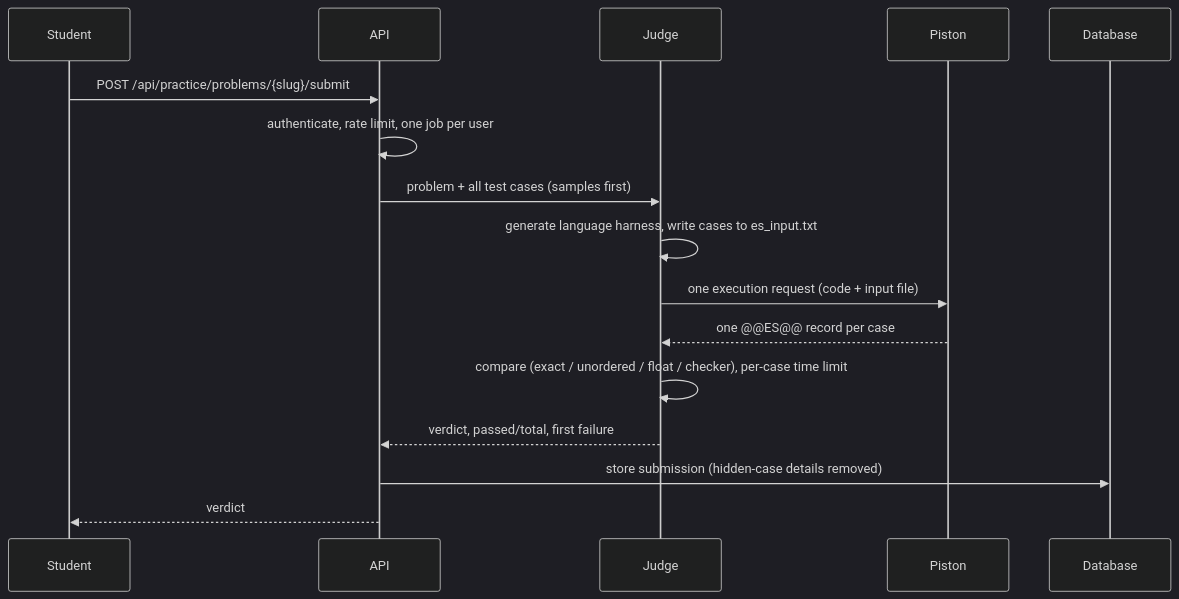
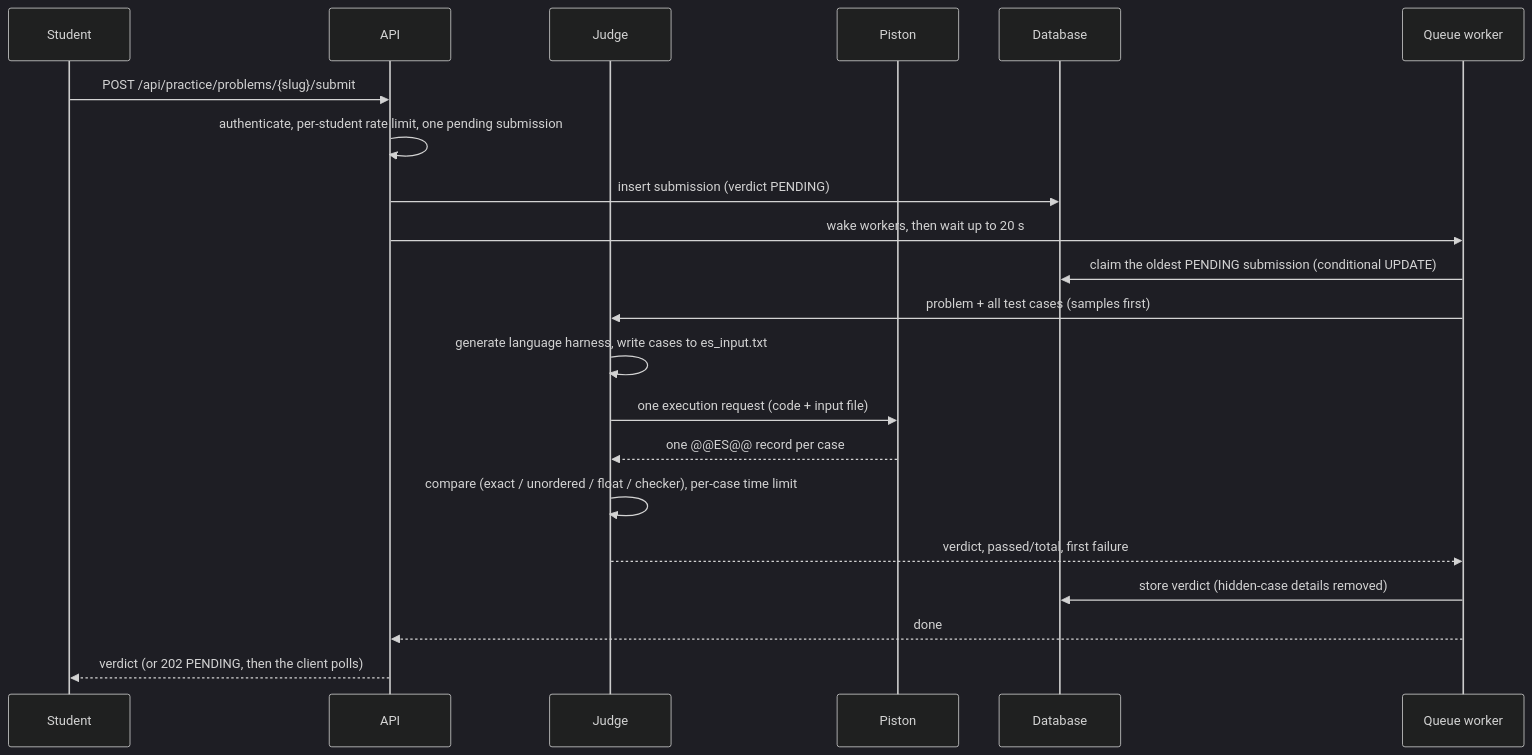
One commit to vishwa-10147/ExamSentiinel changed the third of 4 diagrams in docs/ARCHITECTURE.md. Above: the diagram before and after it, drawn with Mermaid (dark theme). The commit also changed other lines of this file and 28 other files, not shown here.

````diff
--- a/docs/ARCHITECTURE.md
+++ b/docs/ARCHITECTURE.md
@@ -95,19 +95,25 @@
 ```mermaid
 sequenceDiagram
     participant S as Student
     participant A as API
     participant J as Judge
     participant P as Piston
     participant D as Database
 
+    participant W as Queue worker
+
     S->>A: POST /api/practice/problems/{slug}/submit
-    A->>A: authenticate, rate limit, one job per user
-    A->>J: problem + all test cases (samples first)
+    A->>A: authenticate, per-student rate limit, one pending submission
+    A->>D: insert submission (verdict PENDING)
+    A->>W: wake workers, then wait up to 20 s
+    W->>D: claim the oldest PENDING submission (conditional UPDATE)
+    W->>J: problem + all test cases (samples first)
     J->>J: generate language harness, write cases to es_input.txt
     J->>P: one execution request (code + input file)
     P-->>J: one @@ES@@ record per case
     J->>J: compare (exact / unordered / float / checker), per-case time limit
-    J-->>A: verdict, passed/total, first failure
-    A->>D: store submission (hidden-case details removed)
-    A-->>S: verdict
+    J-->>W: verdict, passed/total, first failure
+    W->>D: store verdict (hidden-case details removed)
+    W-->>A: done
+    A-->>S: verdict (or 202 PENDING, then the client polls)
 ```
````
